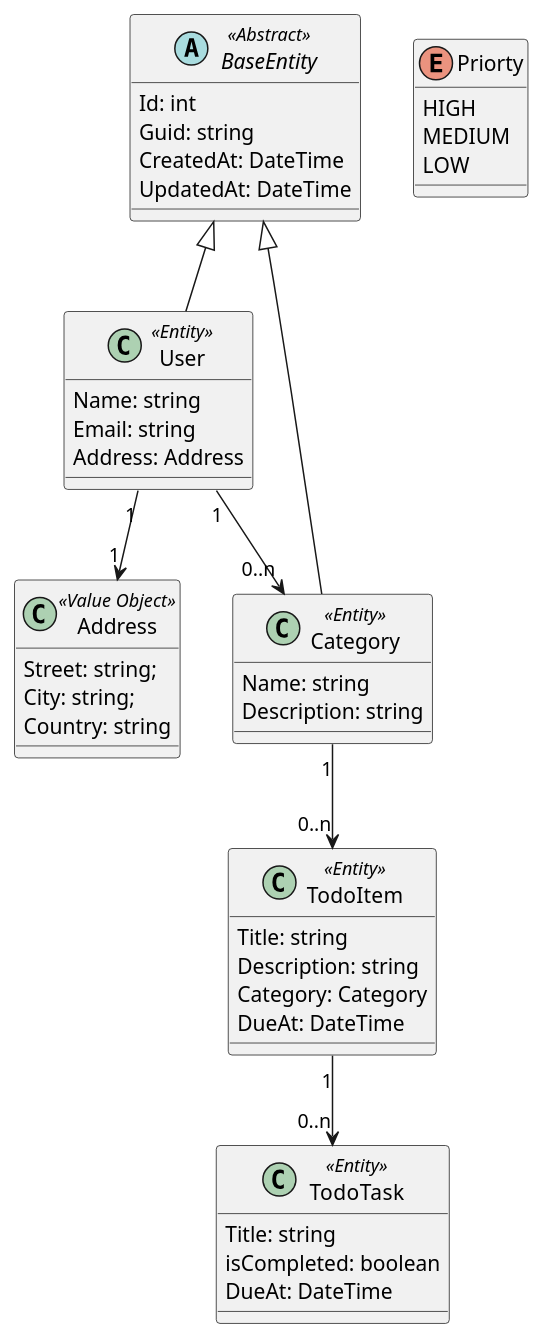
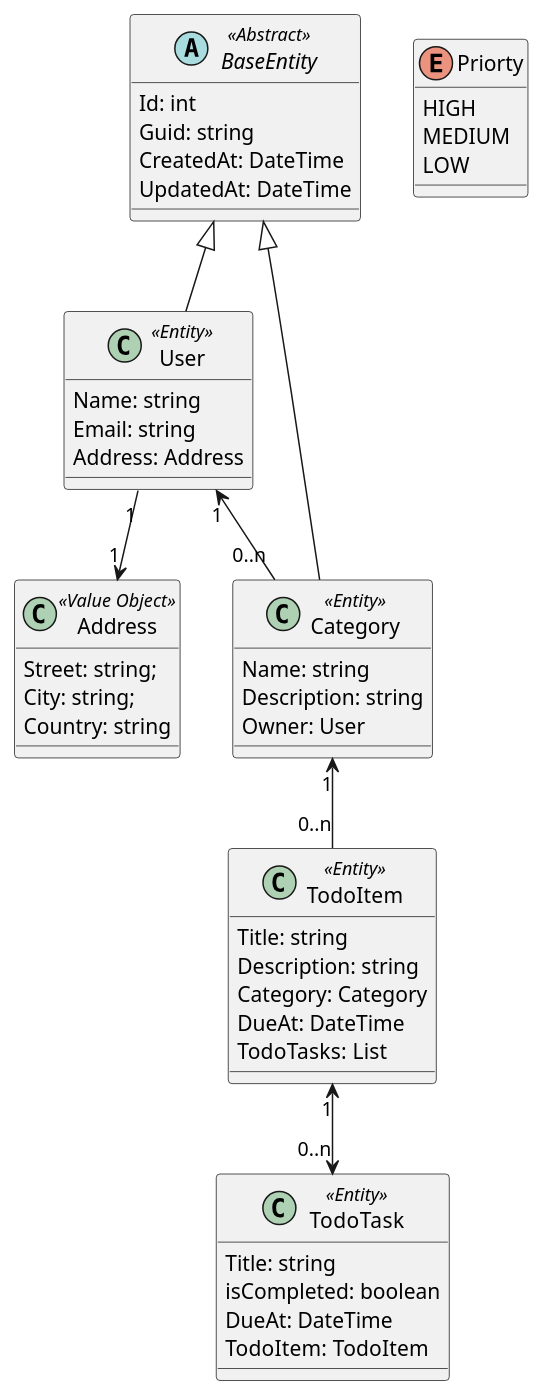
The diagram in model.puml (rw-dalai/TodoExtBackend), drawn with PlantUML before and after one commit.

Commit message:
Update Domain Model Diagram

```diff
--- a/model.puml
+++ b/model.puml
@@ -1,59 +1,63 @@
 @startuml
 
 
 abstract class BaseEntity <<Abstract>> {
   Id: int
   Guid: string
   CreatedAt: DateTime
   UpdatedAt: DateTime
 }
 
 
 enum Priorty {
   HIGH
   MEDIUM
   LOW
 }
 
 
 class User <<Entity>> {
   Name: string
   Email: string
   Address: Address
 }
 
 class Address <<Value Object>> {
 
   Street: string;
   City: string;
   Country: string
 }
 
 class Category <<Entity>> {
   Name: string
   Description: string
+  Owner: User
 }
 
 class TodoItem <<Entity>> {
   Title: string
   Description: string
   Category: Category
   DueAt: DateTime
+  TodoTasks: List
 }
 
 class TodoTask <<Entity>> {
   Title: string
   isCompleted: boolean
   DueAt: DateTime
+  TodoItem: TodoItem
+  
 }
 
 BaseEntity <|-- User
 BaseEntity <|-- Category
 
 User "1" --> "1" Address
-User "1" --> "0..n" Category
-Category "1" --> "0..n" TodoItem
-TodoItem "1" --> "0..n" TodoTask
+User "1" <-- "0..n" Category
+Category "1" <-- "0..n" TodoItem
+TodoItem "1" <--> "0..n" TodoTask
 
 
 @enduml
```
